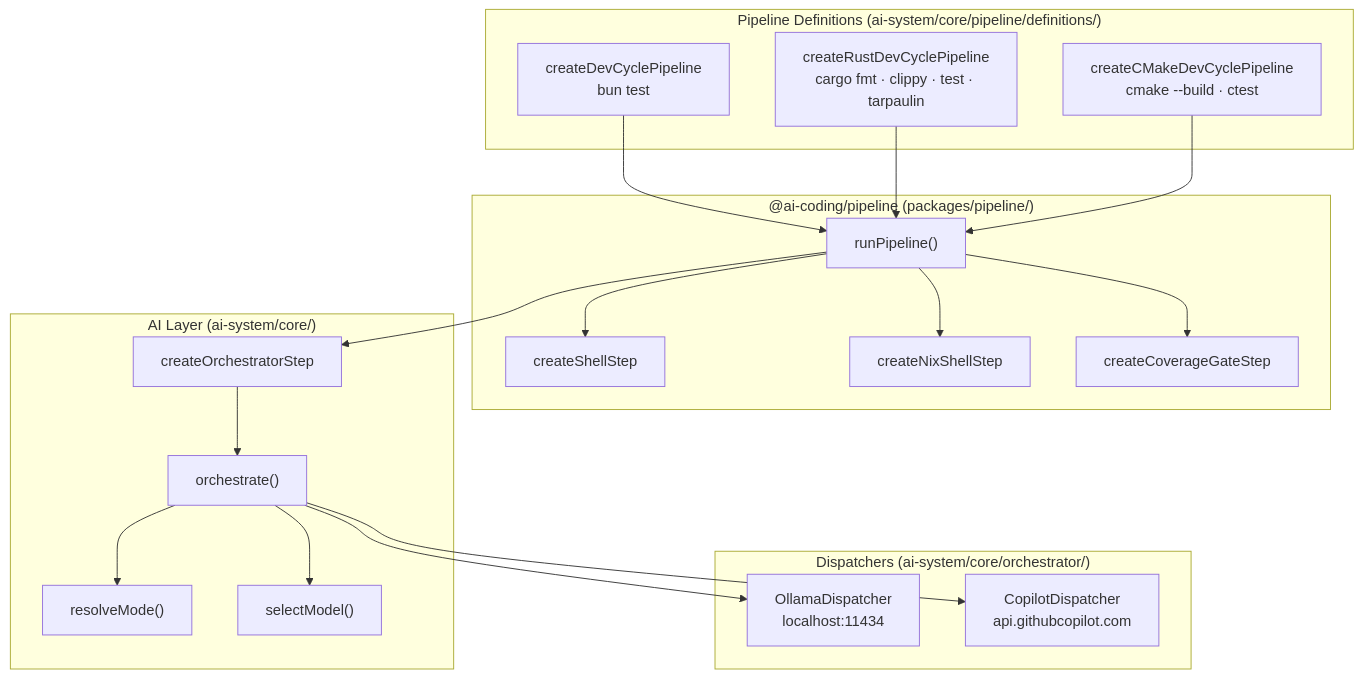
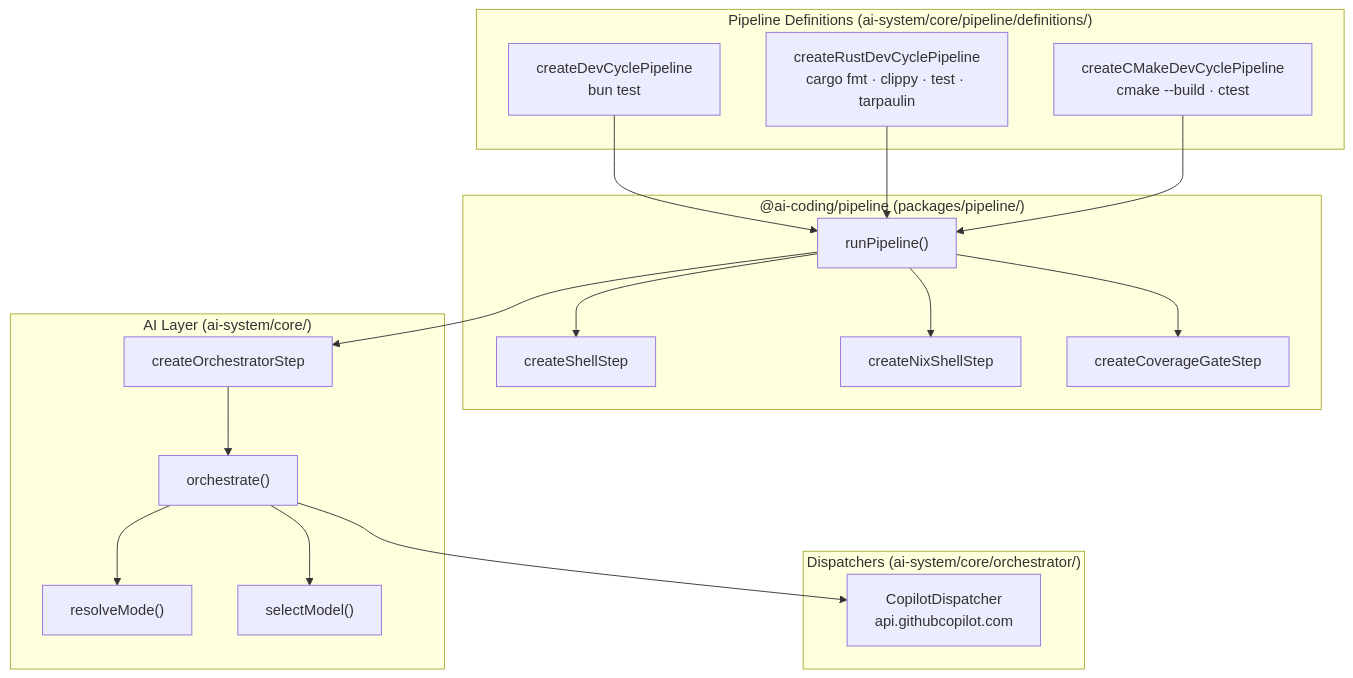
The first of 3 diagrams in docs/architecture.md (vansweej/ai-coding), drawn with Mermaid before and after one commit. The commit also changed other lines of this file and 25 other files, not shown here.

````diff
--- a/docs/architecture.md
+++ b/docs/architecture.md
@@ -15,42 +15,40 @@
 ```mermaid
 graph TD
     subgraph Definitions["Pipeline Definitions (ai-system/core/pipeline/definitions/)"]
         TSDev["createDevCyclePipeline\nbun test"]
         RustDev["createRustDevCyclePipeline\ncargo fmt · clippy · test · tarpaulin"]
         CMakeDev["createCMakeDevCyclePipeline\ncmake --build · ctest"]
     end
 
     subgraph PipelinePkg["@ai-coding/pipeline (packages/pipeline/)"]
         Runner["runPipeline()"]
         ShellStep["createShellStep"]
         NixStep["createNixShellStep"]
         CoverageGate["createCoverageGateStep"]
     end
 
     subgraph AILayer["AI Layer (ai-system/core/)"]
         OrcStep["createOrchestratorStep"]
         Orchestrator["orchestrate()"]
         ModeRouter["resolveMode()"]
         ModelRouter["selectModel()"]
     end
 
     subgraph Dispatchers["Dispatchers (ai-system/core/orchestrator/)"]
-        Ollama["OllamaDispatcher\nlocalhost:11434"]
         Copilot["CopilotDispatcher\napi.githubcopilot.com"]
     end
 
     TSDev --> Runner
     RustDev --> Runner
     CMakeDev --> Runner
 
     Runner --> OrcStep
     Runner --> ShellStep
     Runner --> NixStep
     Runner --> CoverageGate
 
     OrcStep --> Orchestrator
     Orchestrator --> ModeRouter
     Orchestrator --> ModelRouter
-    Orchestrator --> Ollama
     Orchestrator --> Copilot
 ```
````
